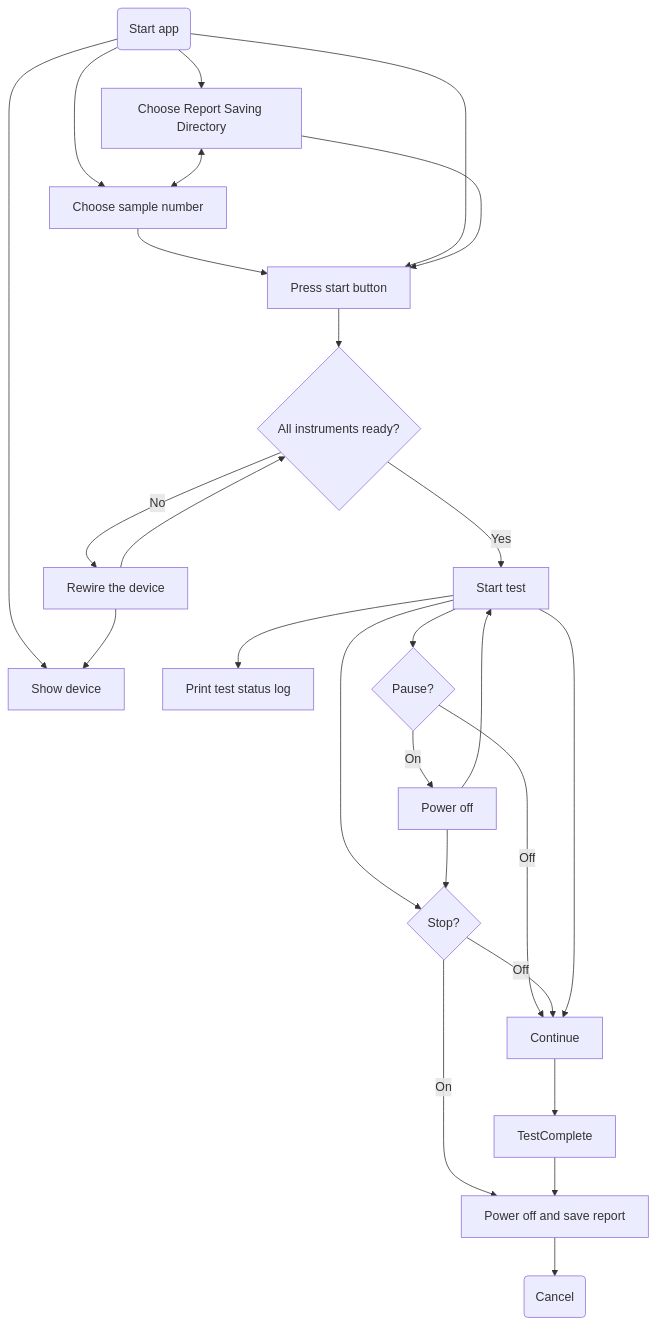
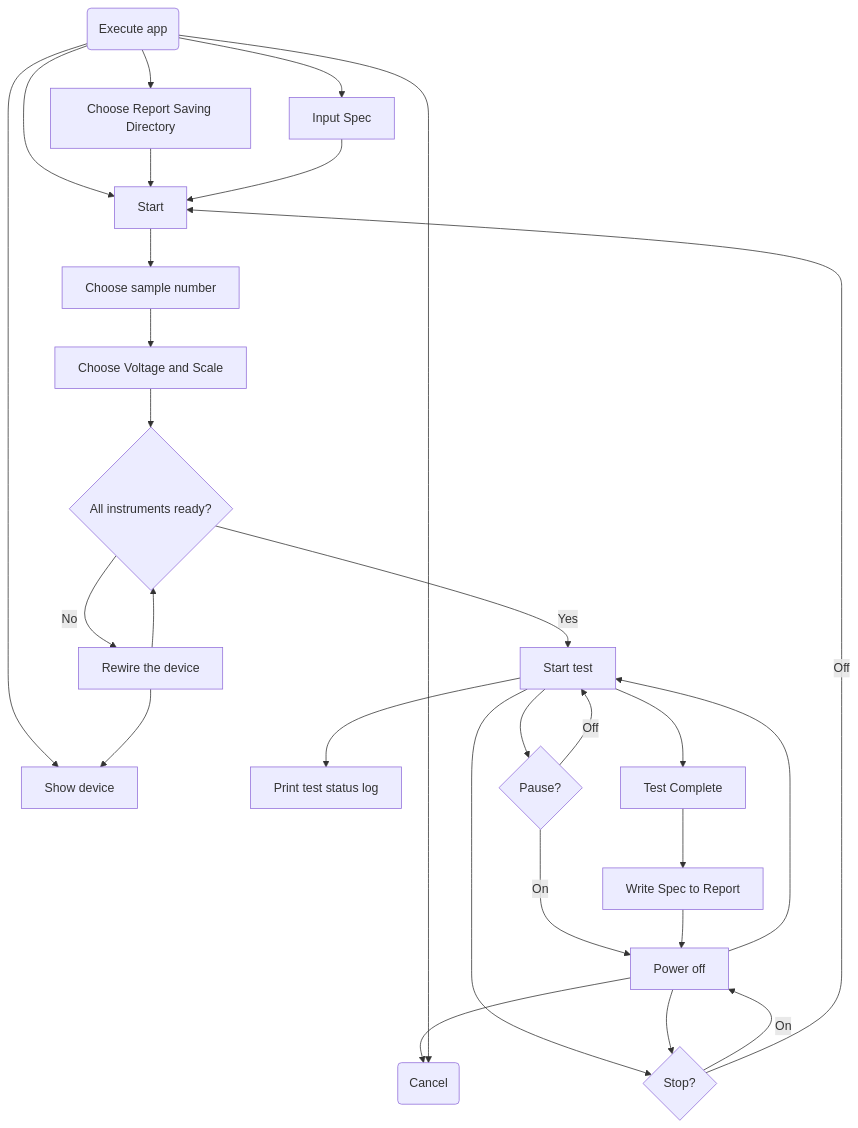
Before and after one commit to kaorusha/instrument_remote_control: the diagram in README.md, drawn with Mermaid.

Commit message:
doc: update user diagram

````diff
--- a/README.md
+++ b/README.md
@@ -7,20 +7,19 @@
 ```mermaid
 graph TB;
-    Start(Start app)-->ShowDevice[Show device];
-    Start-->ChooseSampleNo[Choose sample number]-->PressStartButton[Press start button]-->IsAvailable{All instruments ready?};
+    ExecuteApp(Execute app)-->ShowDevice[Show device];
+    ExecuteApp-->Start-->ChooseSampleNo[Choose sample number]-->ChooseScale[Choose Voltage and Scale]-->IsAvailable{All instruments ready?};
     IsAvailable-->|No|Rewire[Rewire the device]-->ShowDevice
     Rewire-->IsAvailable
     IsAvailable-->|Yes|StartTest[Start test]-->PrintLog[Print test status log]
-    Start-->PressStartButton
-    Start-->ChooseReportSavingDirectory[Choose Report Saving Directory]-->PressStartButton
-    ChooseReportSavingDirectory<-->ChooseSampleNo
+    ExecuteApp-->ChooseReportSavingDirectory[Choose Report Saving Directory]-->Start
     StartTest-->Pause{Pause?}
     StartTest-->Stop{Stop?}
     Pause-->|On|PowerOff[Power off]-->StartTest
-    Pause-->|Off|Continue
-    Stop-->|On|PowerOffAndSaveReport[Power off and save report]
-    Stop-->|Off|Continue
-    StartTest-->Continue-->TestComplete-->PowerOffAndSaveReport
-    PowerOffAndSaveReport-->Cancel(Cancel)
+    Pause-->|Off|StartTest
+    Stop-->|On|PowerOff[Power off]
+    Stop-->|Off|Start
+    StartTest-->TestComplete[Test Complete]-->WriteReport[Write Spec to Report]-->PowerOff-->Cancel(Cancel)
     PowerOff-->Stop
+    ExecuteApp-->Cancel
+    ExecuteApp-->InputSpec[Input Spec]-->Start
 ```
````
